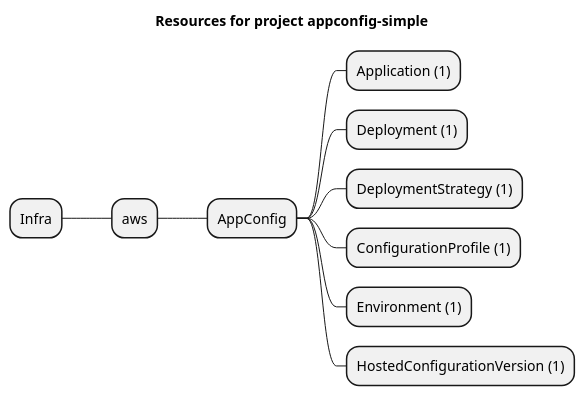
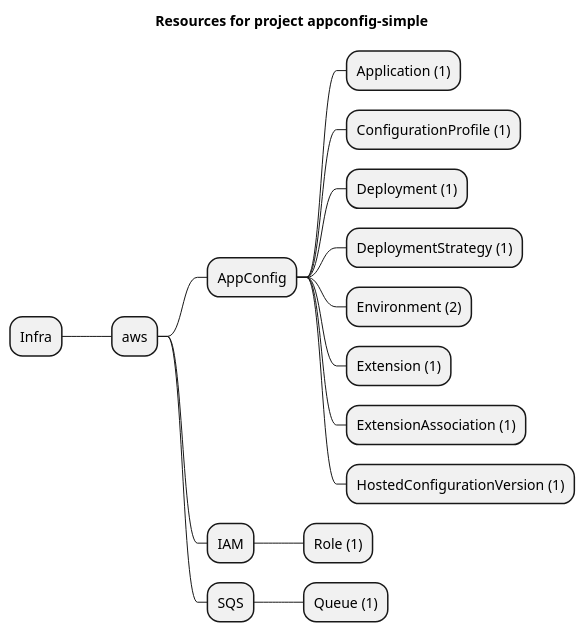
The diagram in examples/aws/AppConfig/appconfig-simple/artifacts/resources-mindmap.puml (grucloud/grucloud), drawn with PlantUML before and after one commit. The commit also changed 14 other files, not shown here.

Commit message:
AppConfigExtension AppConfigExtensionAssociation

```diff
--- a/examples/aws/AppConfig/appconfig-simple/artifacts/resources-mindmap.puml
+++ b/examples/aws/AppConfig/appconfig-simple/artifacts/resources-mindmap.puml
@@ -1,13 +1,19 @@
 @startmindmap
 title Resources for project appconfig-simple
 skinparam monochrome true
 + Infra
 ++ aws
 +++ AppConfig
 ++++ Application (1)
+++++ ConfigurationProfile (1)
 ++++ Deployment (1)
 ++++ DeploymentStrategy (1)
-++++ ConfigurationProfile (1)
-++++ Environment (1)
+++++ Environment (2)
+++++ Extension (1)
+++++ ExtensionAssociation (1)
 ++++ HostedConfigurationVersion (1)
++++ IAM
+++++ Role (1)
++++ SQS
+++++ Queue (1)
 @endmindmap
```
